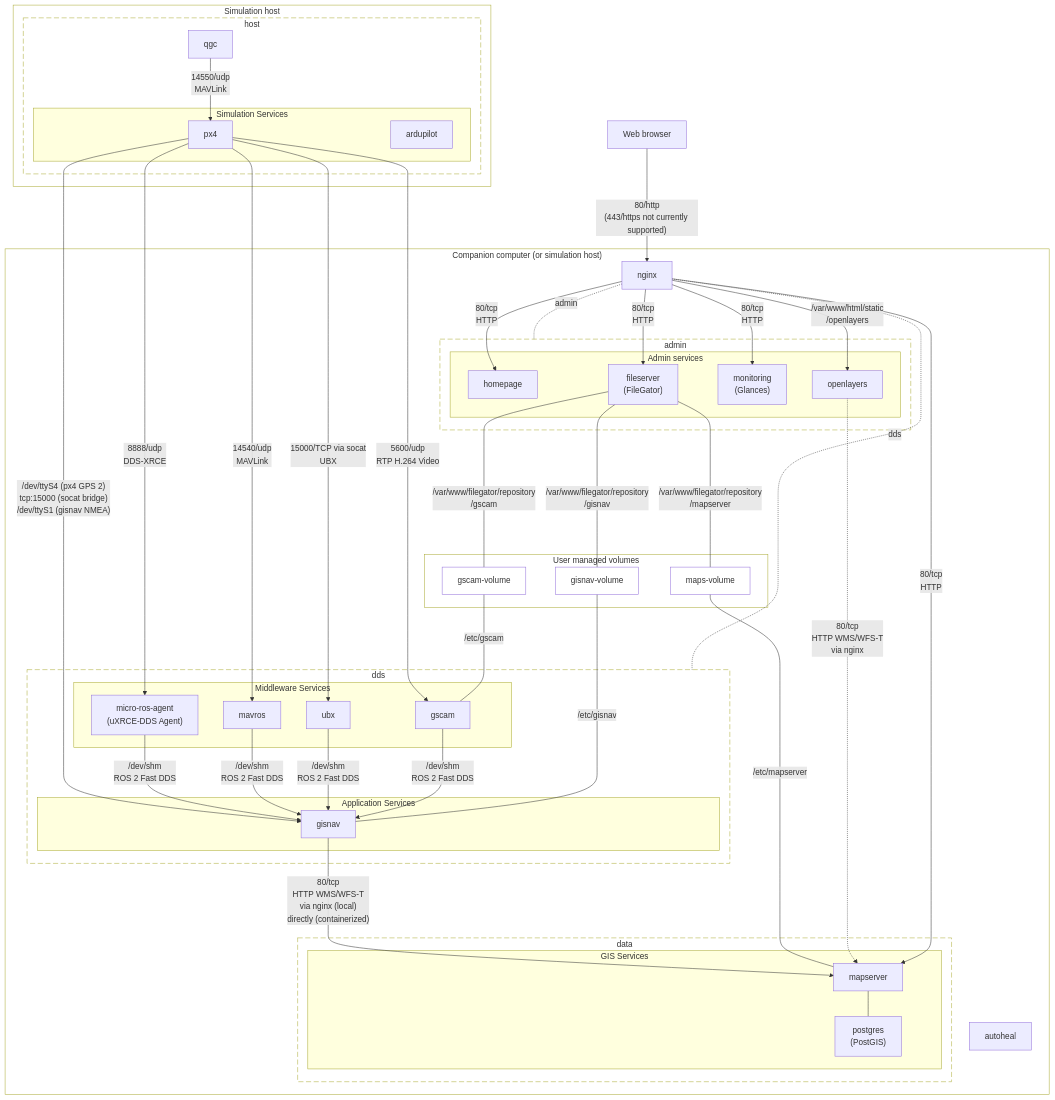
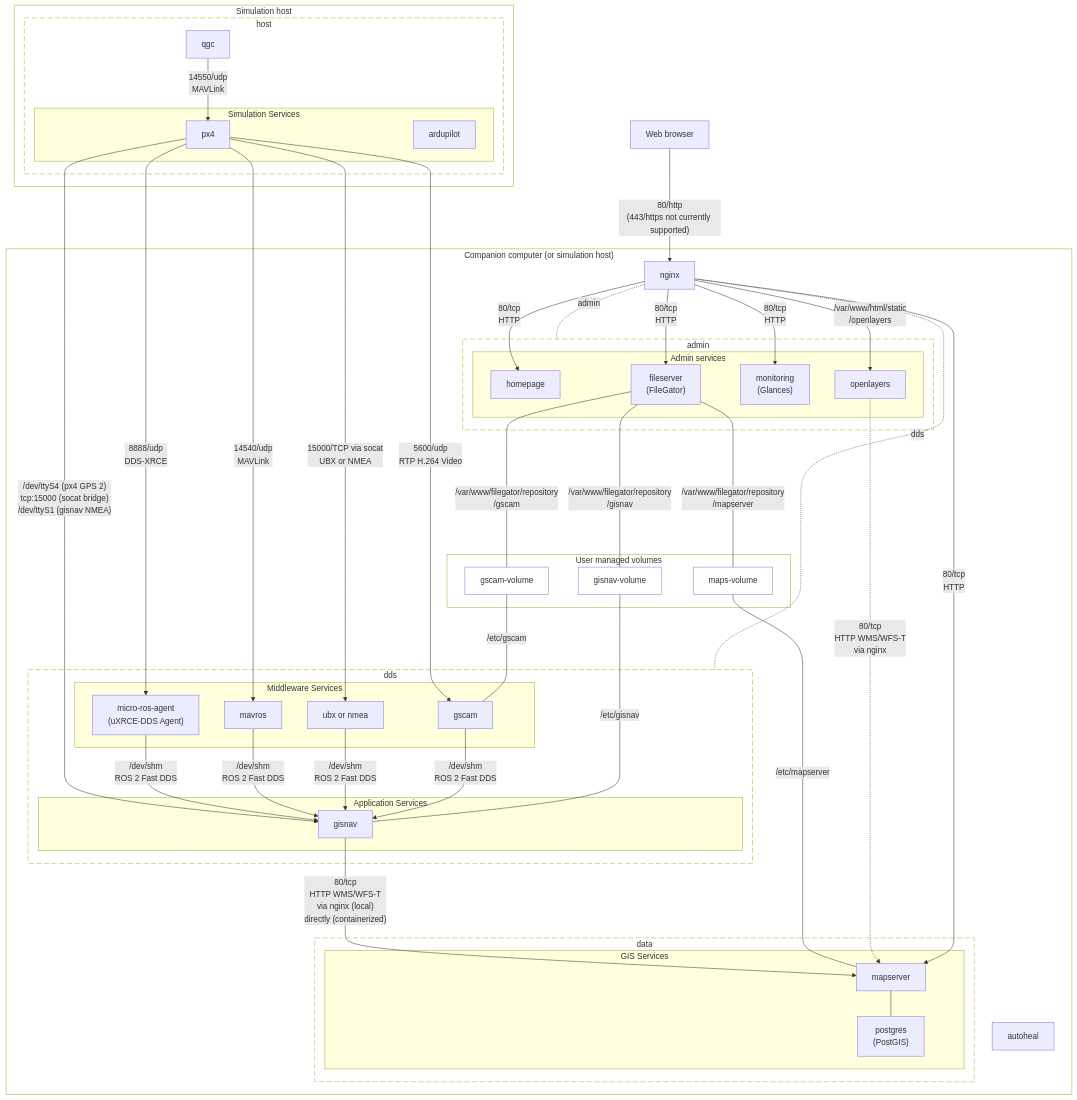
Before and after one commit to hmakelin/gisnav: the third of 3 diagrams in docs/vitepress/docs/system-architecture.md, drawn with Mermaid. The commit also changed other lines of this file, not shown here.

Commit message:
Update service architecture and ROS topography diagrams

```diff
--- a/docs/vitepress/docs/system-architecture.md
+++ b/docs/vitepress/docs/system-architecture.md
@@ -179,7 +181,7 @@
             subgraph middleware ["Middleware Services"]
                 middleware_mavros[mavros]
                 middleware_micro_ros_agent["micro-ros-agent\n(uXRCE-DDS Agent)"]
-                middleware_ubx[ubx]
+                middleware_ubx_nmea[ubx or nmea]
                 middleware_gscam[gscam]
             end
             subgraph application ["Application Services"]
@@ -213,11 +215,11 @@
     mw_qgc -->|14550/udp\nMAVLink| simulation_px4
     simulation_px4 ------>|14540/udp\nMAVLink| middleware_mavros
     simulation_px4 ------>|8888/udp\nDDS-XRCE | middleware_micro_ros_agent
-    simulation_px4 ------>|15000/TCP via socat\nUBX| middleware_ubx
+    simulation_px4 ------>|15000/TCP via socat\nUBX or NMEA| middleware_ubx_nmea
     simulation_px4 ------>|5600/udp\nRTP H.264 Video| middleware_gscam
     middleware_micro_ros_agent -->|/dev/shm\nROS 2 Fast DDS| application_gisnav
     middleware_mavros -->|/dev/shm\nROS 2 Fast DDS| application_gisnav
-    middleware_ubx -->|/dev/shm\nROS 2 Fast DDS| application_gisnav
+    middleware_ubx_nmea -->|/dev/shm\nROS 2 Fast DDS| application_gisnav
     middleware_gscam -->|/dev/shm\nROS 2 Fast DDS| application_gisnav
 
     application_gisnav -->|"80/tcp\nHTTP WMS/WFS-T\nvia nginx (local)\ndirectly (containerized)"| gis_mapserver
```
